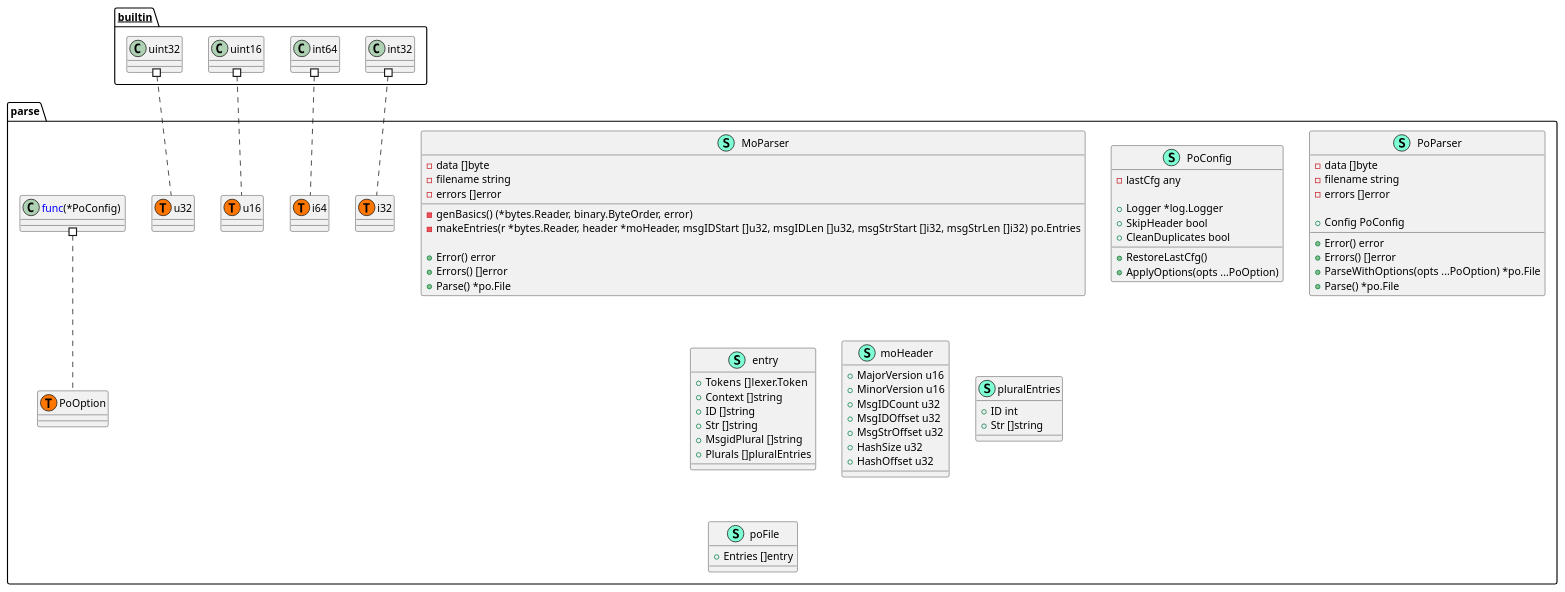
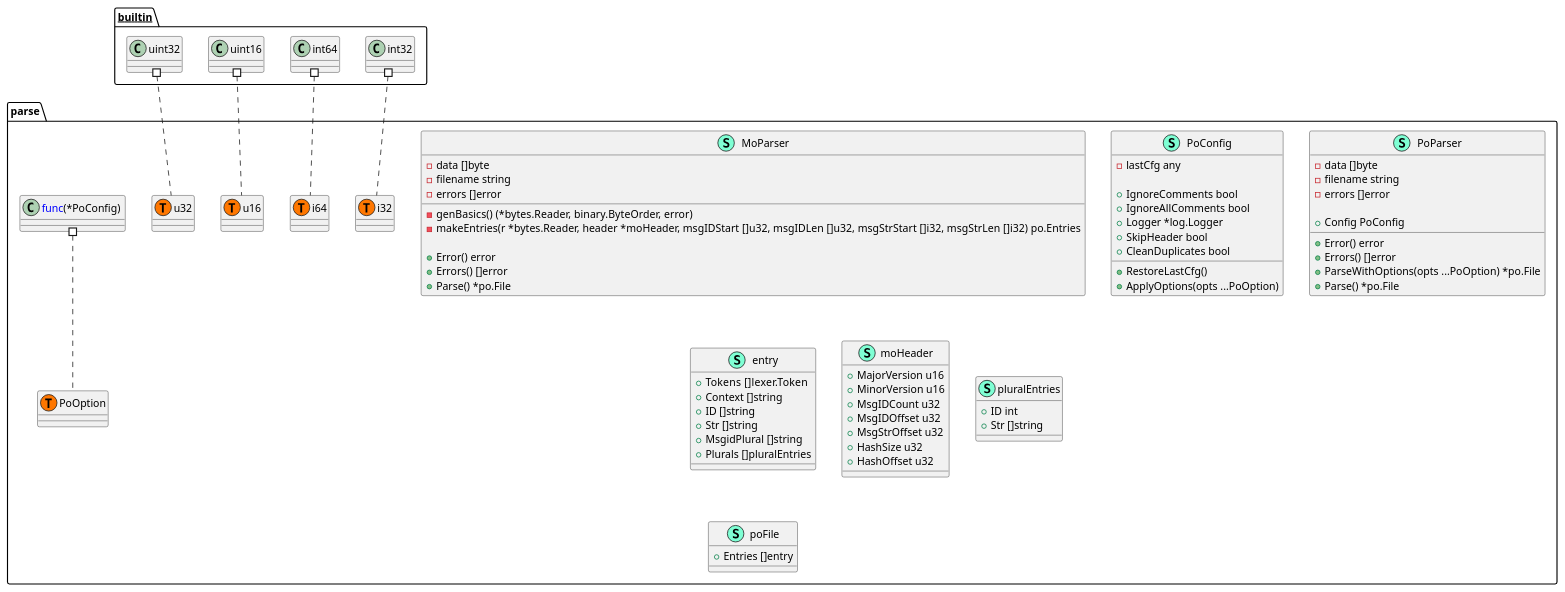
One commit to Tom5521/gotext-tools changed the diagram in pkg/po/parse/structure.puml. Above: the diagram before and after it, drawn with PlantUML. The commit also changed 3 other files, not shown here.

Commit message:
docs: Update UML files

```diff
--- a/pkg/po/parse/structure.puml
+++ b/pkg/po/parse/structure.puml
@@ -1,86 +1,88 @@
 @startuml
 namespace parse {
     class MoParser << (S,Aquamarine) >> {
         - data []byte
         - filename string
         - errors []error
 
         - genBasics() (*bytes.Reader, binary.ByteOrder, error)
         - makeEntries(r *bytes.Reader, header *moHeader, msgIDStart []u32, msgIDLen []u32, msgStrStart []i32, msgStrLen []i32) po.Entries
 
         + Error() error
         + Errors() []error
         + Parse() *po.File
 
     }
     class PoConfig << (S,Aquamarine) >> {
         - lastCfg any
 
+        + IgnoreComments bool
+        + IgnoreAllComments bool
         + Logger *log.Logger
         + SkipHeader bool
         + CleanDuplicates bool
 
         + RestoreLastCfg() 
         + ApplyOptions(opts ...PoOption) 
 
     }
     class PoParser << (S,Aquamarine) >> {
         - data []byte
         - filename string
         - errors []error
 
         + Config PoConfig
 
         + Error() error
         + Errors() []error
         + ParseWithOptions(opts ...PoOption) *po.File
         + Parse() *po.File
 
     }
     class entry << (S,Aquamarine) >> {
         + Tokens []lexer.Token
         + Context []string
         + ID []string
         + Str []string
         + MsgidPlural []string
         + Plurals []pluralEntries
 
     }
     class moHeader << (S,Aquamarine) >> {
         + MajorVersion u16
         + MinorVersion u16
         + MsgIDCount u32
         + MsgIDOffset u32
         + MsgStrOffset u32
         + HashSize u32
         + HashOffset u32
 
     }
     class parse.PoOption << (T, #FF7700) >>  {
     }
     class parse.i32 << (T, #FF7700) >>  {
     }
     class parse.i64 << (T, #FF7700) >>  {
     }
     class parse.u16 << (T, #FF7700) >>  {
     }
     class parse.u32 << (T, #FF7700) >>  {
     }
     class pluralEntries << (S,Aquamarine) >> {
         + ID int
         + Str []string
 
     }
     class poFile << (S,Aquamarine) >> {
         + Entries []entry
 
     }
 }
 
 
 "__builtin__.int32" #.. "parse.i32"
 "__builtin__.int64" #.. "parse.i64"
 "__builtin__.uint16" #.. "parse.u16"
 "__builtin__.uint32" #.. "parse.u32"
 "parse.<font color=blue>func</font>(*PoConfig) " #.. "parse.PoOption"
 @enduml
```
